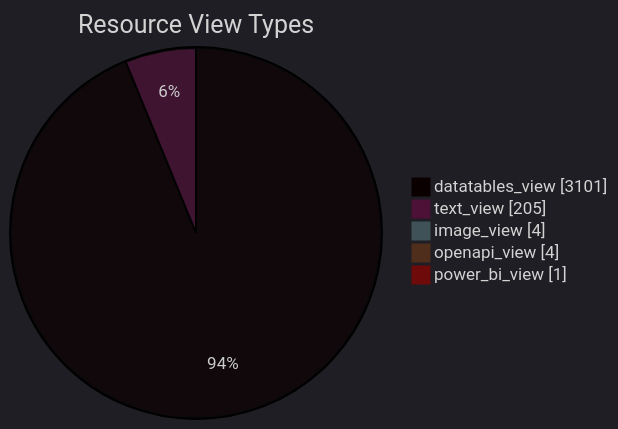
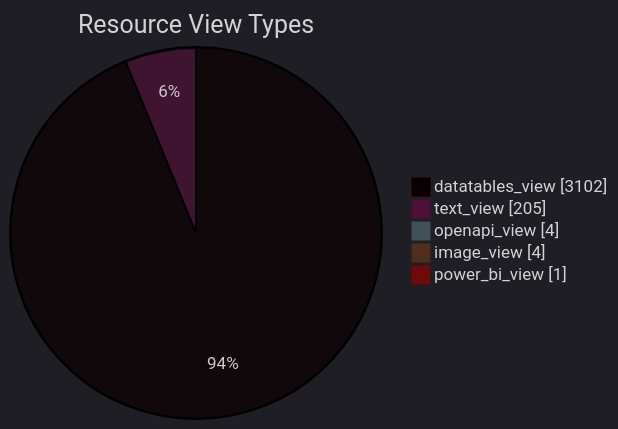
Before and after one commit to open-data/analytics-corporate-reporting: the diagram in datastore_tracker/resource_view_types_pie_chart.md, drawn with Mermaid. The commit also changed 8 other files, not shown here.

````diff
--- a/datastore_tracker/resource_view_types_pie_chart.md
+++ b/datastore_tracker/resource_view_types_pie_chart.md
@@ -2,12 +2,12 @@
 ```mermaid
 ---
 config:
   theme: dark
 ---
 pie showData title Resource View Types
-    "datatables_view": 3101
+    "datatables_view": 3102
     "text_view": 205
+    "openapi_view": 4
     "image_view": 4
-    "openapi_view": 4
     "power_bi_view": 1
 ```
````
